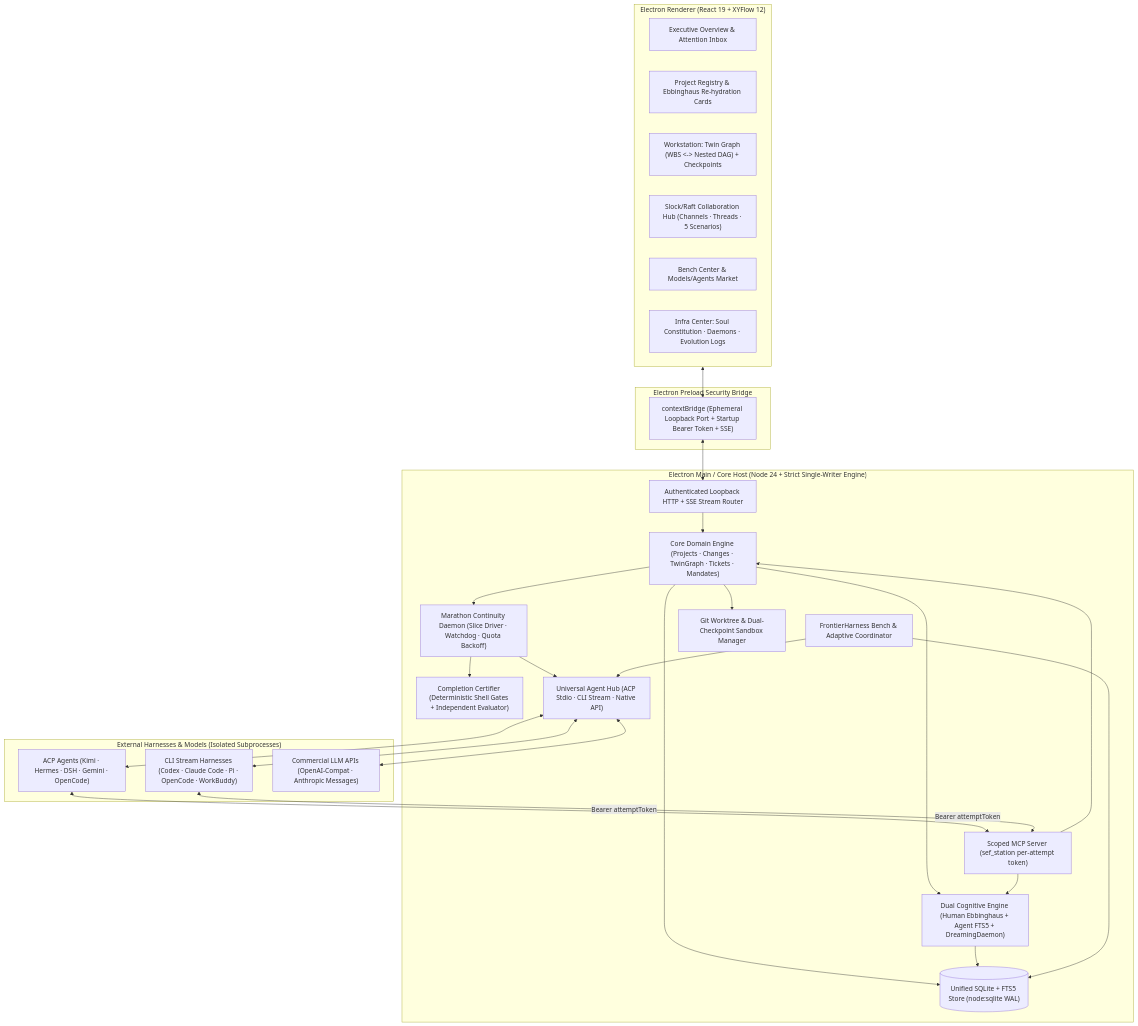
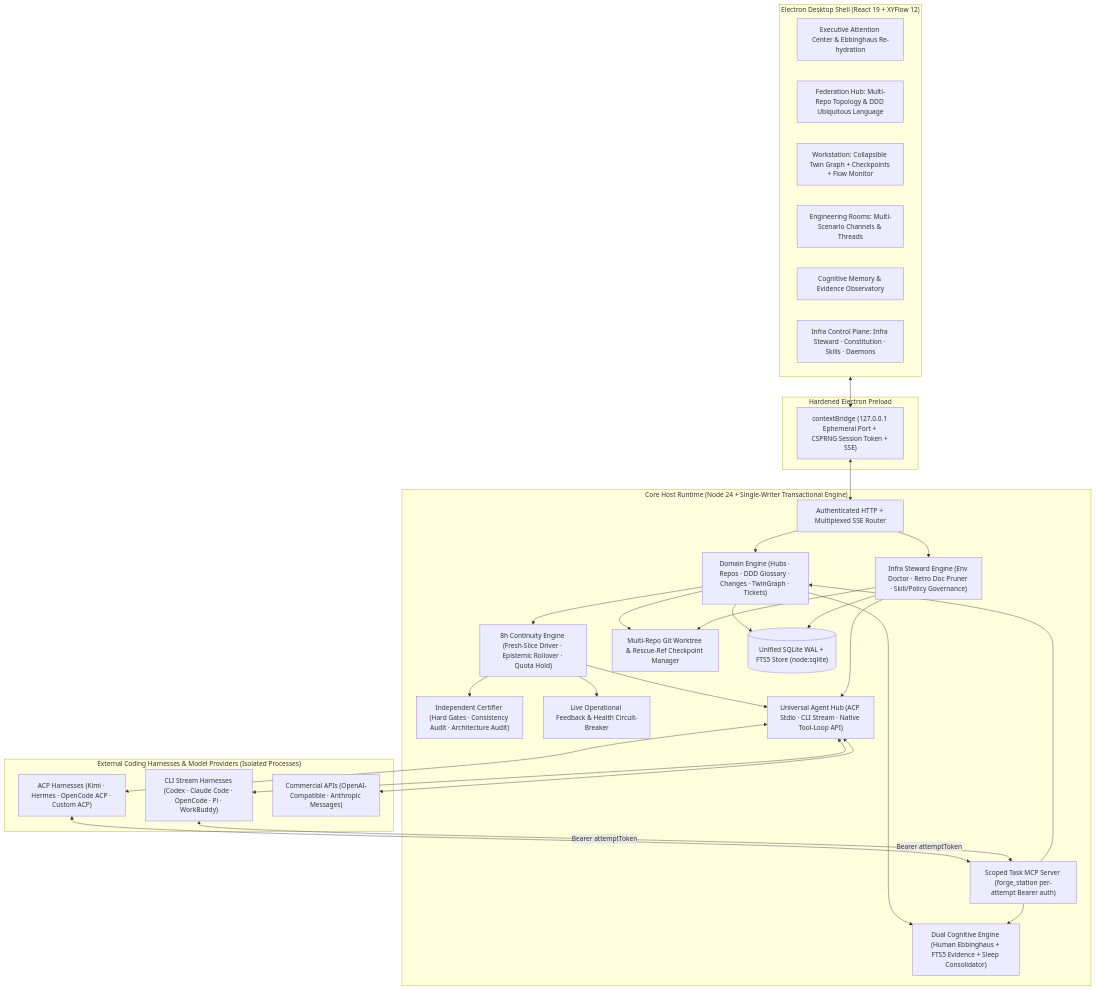
The diagram in docs/SPEC.md (Wang-auspicious/Harnessless), drawn with Mermaid before and after one commit. The commit also changed other lines of this file and 5 other files, not shown here.

Commit message:
docs(spec): refine ForgeOps v2.1 ToB architecture and add synchronized zh-CN spec

````diff
--- a/docs/SPEC.md
+++ b/docs/SPEC.md
@@ -35,49 +29,45 @@
 ```mermaid
 flowchart TB
-  subgraph UI["Electron Renderer (React 19 + XYFlow 12)"]
-    OV["Executive Overview & Attention Inbox"]
-    PR["Project Registry & Ebbinghaus Re-hydration Cards"]
-    WS["Workstation: Twin Graph (WBS <-> Nested DAG) + Checkpoints"]
-    SR["Slock/Raft Collaboration Hub (Channels · Threads · 5 Scenarios)"]
-    BC["Bench Center & Models/Agents Market"]
-    IC["Infra Center: Soul Constitution · Daemons · Evolution Logs"]
+  subgraph UI["Electron Desktop Shell (React 19 + XYFlow 12)"]
+    OV["Executive Attention Center & Ebbinghaus Re-hydration"]
+    HB["Federation Hub: Multi-Repo Topology & DDD Ubiquitous Language"]
+    WS["Workstation: Collapsible Twin Graph + Checkpoints + Flow Monitor"]
+    RM["Engineering Rooms: Multi-Scenario Channels & Threads"]
+    MEM["Cognitive Memory & Evidence Observatory"]
+    INF["Infra Control Plane: Infra Steward · Constitution · Skills · Daemons"]
   end
 
-  subgraph IPC["Electron Preload Security Bridge"]
-    CB["contextBridge (Ephemeral Loopback Port + Startup Bearer Token + SSE)"]
+  subgraph BRIDGE["Hardened Electron Preload"]
+    CB["contextBridge (127.0.0.1 Ephemeral Port + CSPRNG Session Token + SSE)"]
   end
 
-  subgraph HOST["Electron Main / Core Host (Node 24 + Strict Single-Writer Engine)"]
-    API["Authenticated Loopback HTTP + SSE Stream Router"]
-    ENG["Core Domain Engine (Projects · Changes · TwinGraph · Tickets · Mandates)"]
-    MAR["Marathon Continuity Daemon (Slice Driver · Watchdog · Quota Backoff)"]
-    CERT["Completion Certifier (Deterministic Shell Gates + Independent Evaluator)"]
-    COG["Dual Cognitive Engine (Human Ebbinghaus + Agent FTS5 + DreamingDaemon)"]
-    BEN["FrontierHarness Bench & Adaptive Coordinator"]
-    MCP["Scoped MCP Server (sef_station per-attempt token)"]
-    HUB["Universal Agent Hub (ACP Stdio · CLI Stream · Native API)"]
-    GIT["Git Worktree & Dual-Checkpoint Sandbox Manager"]
-    DB[("Unified SQLite + FTS5 Store (node:sqlite WAL)")]
+  subgraph HOST["Core Host Runtime (Node 24 + Single-Writer Transactional Engine)"]
+    ROUTER["Authenticated HTTP + Multiplexed SSE Router"]
+    ENGINE["Domain Engine (Hubs · Repos · DDD Glossary · Changes · TwinGraph · Tickets)"]
+    INFRA["Infra Steward Engine (Env Doctor · Retro Doc Pruner · Skill/Policy Governance)"]
+    MARATHON["8h Continuity Engine (Fresh-Slice Driver · Epistemic Rollover · Quota Hold)"]
+    CERT["Independent Certifier (Hard Gates · Consistency Audit · Architecture Audit)"]
+    COGNITIVE["Dual Cognitive Engine (Human Ebbinghaus + FTS5 Evidence + Sleep Consolidator)"]
+    TELEMETRY["Live Operational Feedback & Health Circuit-Breaker"]
+    MCP["Scoped Task MCP Server (forge_station per-attempt Bearer auth)"]
+    ADAPTERS["Universal Agent Hub (ACP Stdio · CLI Stream · Native Tool-Loop API)"]
+    SANDBOX["Multi-Repo Git Worktree & Rescue-Ref Checkpoint Manager"]
+    DB[("Unified SQLite WAL + FTS5 Store (node:sqlite)")]
   end
 
-  subgraph EXT["External Harnesses & Models (Isolated Subprocesses)"]
-    ACP["ACP Agents (Kimi · Hermes · DSH · Gemini · OpenCode)"]
-    CLI["CLI Stream Harnesses (Codex · Claude Code · Pi · OpenCode · WorkBuddy)"]
-    LLM["Commercial LLM APIs (OpenAI-Compat · Anthropic Messages)"]
+  subgraph HARNESSES["External Coding Harnesses & Model Providers (Isolated Processes)"]
+    ACP["ACP Harnesses (Kimi · Hermes · OpenCode ACP · Custom ACP)"]
+    CLI["CLI Stream Harnesses (Codex · Claude Code · OpenCode · Pi · WorkBuddy)"]
+    API["Commercial APIs (OpenAI-Compatible · Anthropic Messages)"]
   end
 
-  UI <--> CB <--> API
-  API --> ENG
-  ENG --> DB
-  ENG --> MAR
-  MAR --> HUB
-  MAR --> CERT
-  ENG --> COG
-  COG --> DB
-  BEN --> HUB
-  BEN --> DB
-  ENG --> GIT
-  HUB <--> ACP & CLI & LLM
+  UI <--> CB <--> ROUTER
+  ROUTER --> ENGINE & INFRA
+  ENGINE --> DB
+  ENGINE --> MARATHON & SANDBOX & COGNITIVE
+  MARATHON --> ADAPTERS & CERT & TELEMETRY
+  INFRA --> ADAPTERS & SANDBOX & DB
+  ADAPTERS <--> ACP & CLI & API
   ACP & CLI <-->|"Bearer attemptToken"| MCP
-  MCP --> ENG & COG
+  MCP --> ENGINE & COGNITIVE
 ```
````
